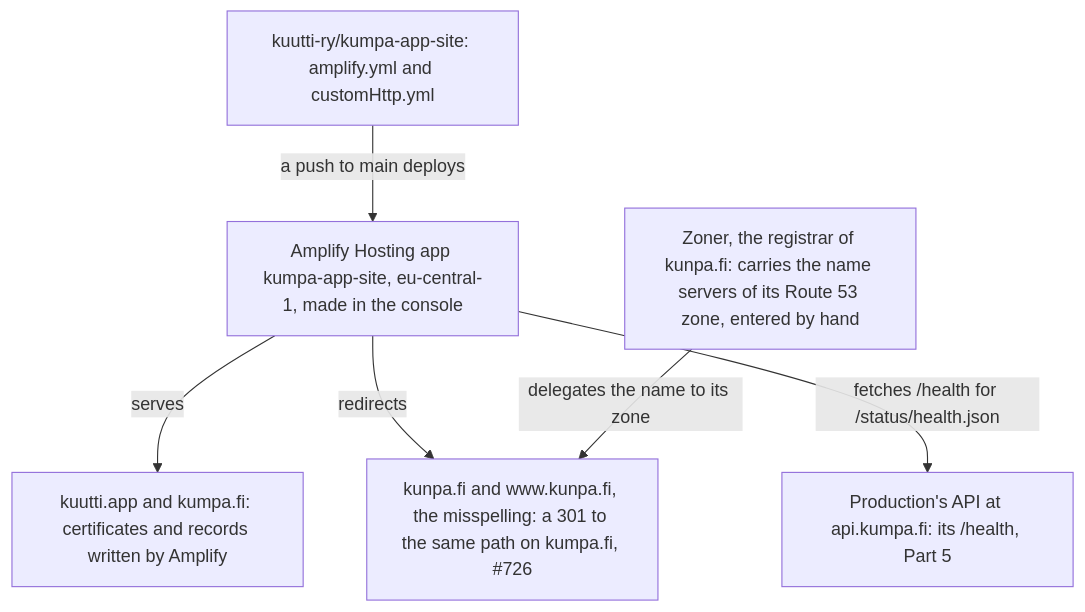
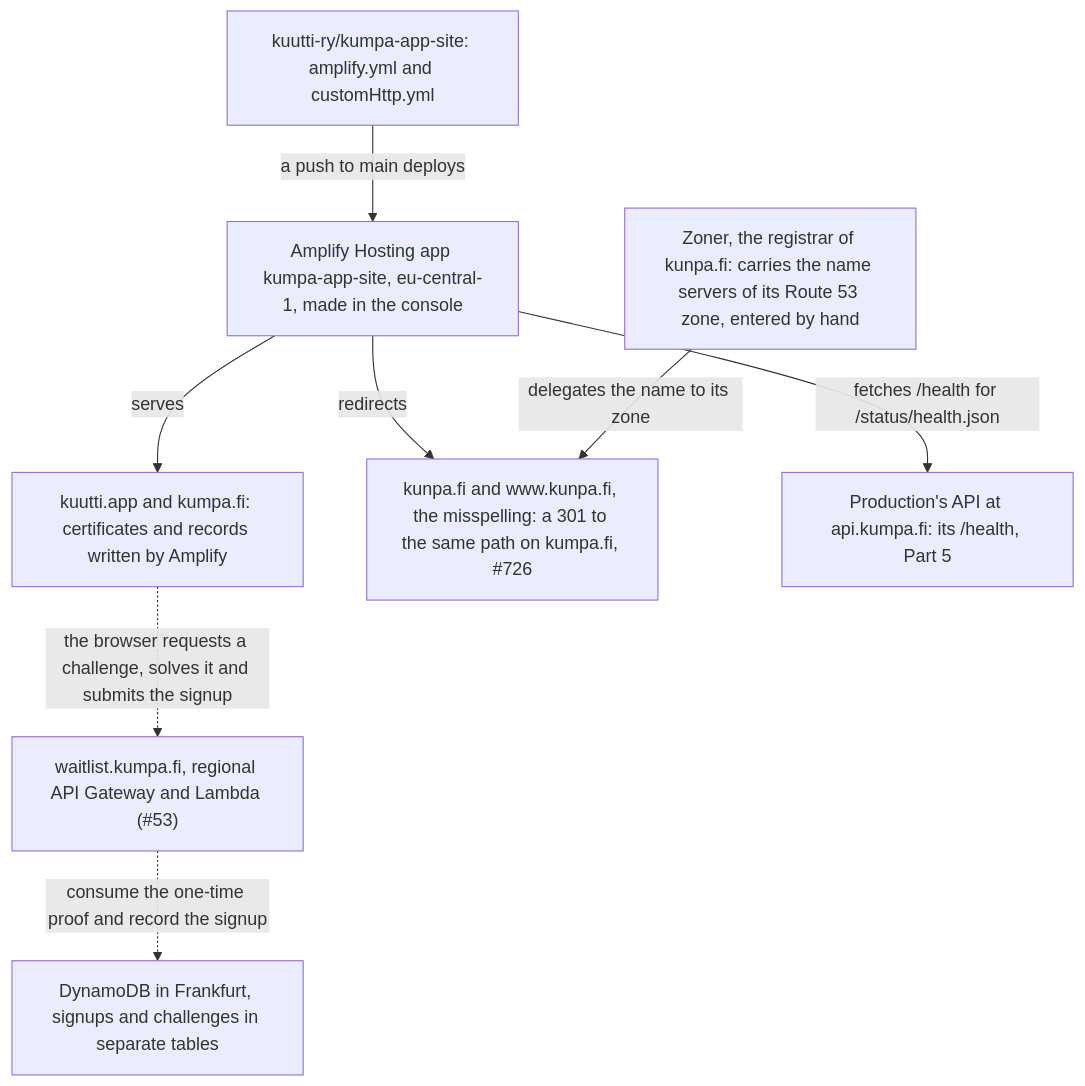
The fifth of 5 diagrams in docs/architecture/deployment.md (kuutti-ry/kumpa-app), drawn with Mermaid before and after one commit. The commit also changed other lines of this file and 12 other files, not shown here.

````diff
--- a/docs/architecture/deployment.md
+++ b/docs/architecture/deployment.md
@@ -257,16 +257,20 @@
 ```mermaid
 flowchart TB
   accTitle: Deployment, part 6: the website
   accDescr: The website's own repository deploys to an Amplify Hosting app made in the console, which serves kuutti.app and kumpa.fi with certificates and records Amplify wrote into their zones, answers for the misspelling kunpa.fi, registered at Zoner, with a redirect to kumpa.fi, and answers the site's status panel with production's health, which it fetches from api.kumpa.fi.
   n57["kuutti-ry/kumpa-app-site: amplify.yml and customHttp.yml"]
   n58["Amplify Hosting app kumpa-app-site, eu-central-1, made in the console"]
   n59["kuutti.app and kumpa.fi: certificates and records written by Amplify"]
   n67["kunpa.fi and www.kunpa.fi, the misspelling: a 301 to the same path on kumpa.fi, #726"]
   n68["Zoner, the registrar of kunpa.fi: carries the name servers of its Route 53 zone, entered by hand"]
   n69["Production's API at api.kumpa.fi: its /health, Part 5"]
+  n71["waitlist.kumpa.fi, regional API Gateway and Lambda (#53)"]
+  n72["DynamoDB in Frankfurt, signups and challenges in separate tables"]
   n57 -->|"a push to main deploys"| n58
   n58 -->|"serves"| n59
   n58 -->|"redirects"| n67
   n68 -->|"delegates the name to its zone"| n67
   n58 -->|"fetches /health for /status/health.json"| n69
+  n59 -.->|"the browser requests a challenge, solves it and submits the signup"| n71
+  n71 -.->|"consume the one-time proof and record the signup"| n72
 ```
````
